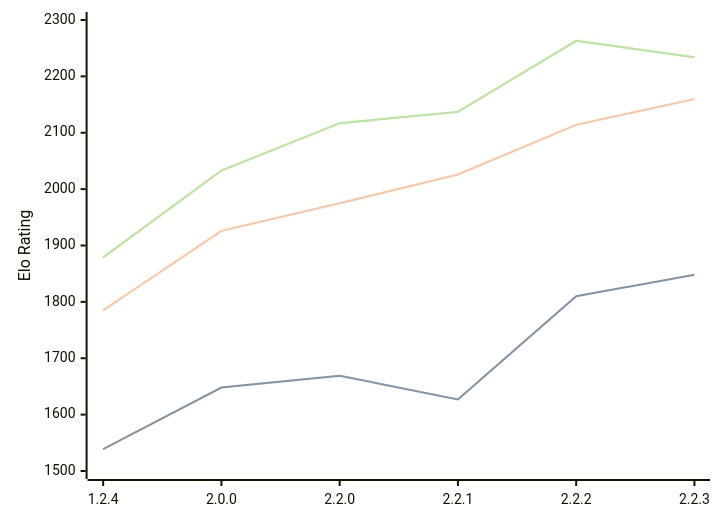
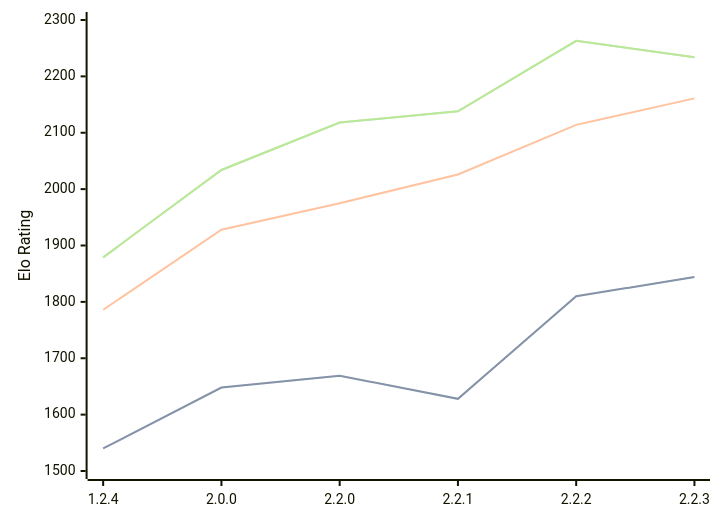
The diagram in engines/Kreveta.md (computer-chess-index/cci), drawn with Mermaid before and after one commit. The commit also changed other lines of this file, not shown here.

Commit message:
Update CCI Ratings (ELO VLTC) - 2026-02-19

````diff
--- a/engines/Kreveta.md
+++ b/engines/Kreveta.md
@@ -36,11 +36,11 @@
 ```mermaid
 %%{init: {"theme":"base","themeVariables":{"seriesColors:['#a3a3a3','#222221','#faa371']}}}%%
 xychart-beta
   x-axis ["1.2.4", "2.0.0", "2.2.0", "2.2.1", "2.2.2", "2.2.3"]
   y-axis "Elo Rating" 1500 --> 2300
-  line "STC (8.0+0.08s)" [1539, 1648, 1669, 1627, 1810, 1848]
-  line "STC (8.0+0.08s)" [1539, 1648, 1669, 1627, 1810, 1848]
-  line "LTC (60.0+0.60s)" [1785, 1926, 1975, 2026, 2114, 2160]
-  line "VLTC (2m24s+1.12s)" [1879, 2033, 2117, 2137, 2263, 2234]
-  line "VLTC (2m24s+1.12s)" [1879, 2033, 2117, 2137, 2263, 2234]
+  line "STC (8.0+0.08s)" [1540, 1648, 1669, 1628, 1810, 1844]
+  line "STC (8.0+0.08s)" [1540, 1648, 1669, 1628, 1810, 1844]
+  line "LTC (60.0+0.60s)" [1786, 1928, 1975, 2026, 2114, 2161]
+  line "VLTC (2m24s+1.12s)" [1879, 2034, 2118, 2138, 2263, 2234]
+  line "VLTC (2m24s+1.12s)" [1879, 2034, 2118, 2138, 2263, 2234]
 ```
````
